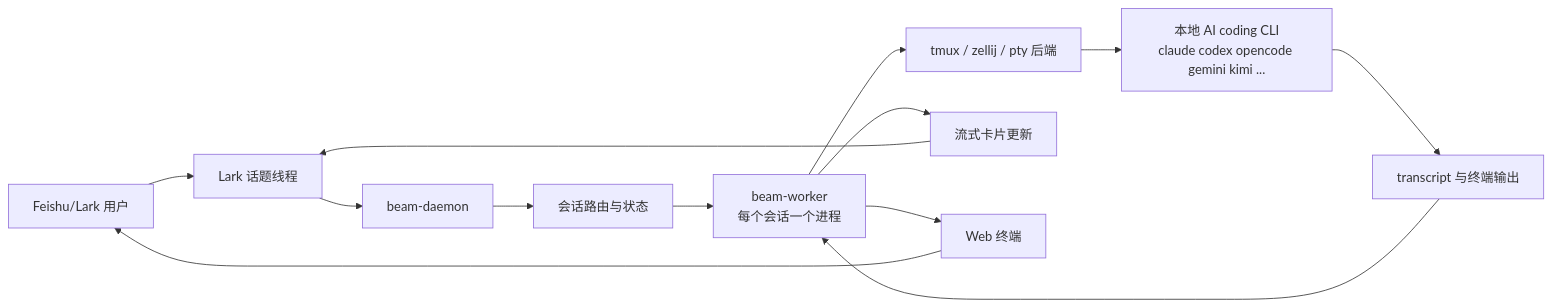
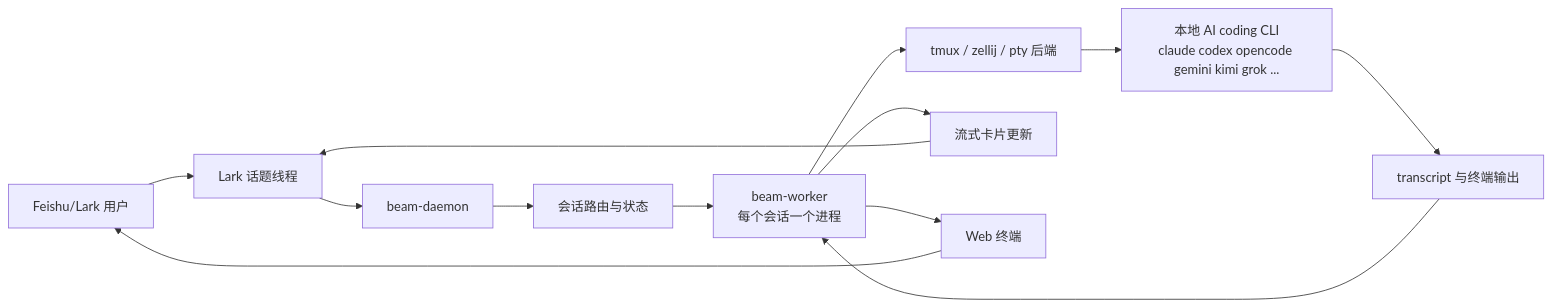
The diagram in README.md (linuxhenhao/beam), drawn with Mermaid before and after one commit. The commit also changed other lines of this file and 6 other files, not shown here.

First line of the commit message:
feat(beam-worker): 新增 Grok Build CLI 适配器

````diff
--- a/README.md
+++ b/README.md
@@ -35,15 +35,15 @@
 ```mermaid
 flowchart LR
     U[Feishu/Lark 用户] --> T[Lark 话题线程]
     T --> D[beam-daemon]
     D --> S[会话路由与状态]
     S --> W[beam-worker<br/>每个会话一个进程]
     W --> B[tmux / zellij / pty 后端]
-    B --> C[本地 AI coding CLI<br/>claude codex opencode gemini kimi ...]
+    B --> C[本地 AI coding CLI<br/>claude codex opencode gemini kimi grok ...]
     W --> K[流式卡片更新]
     W --> P[Web 终端]
     C --> O[transcript 与终端输出]
     O --> W
     K --> T
     P --> U
 ```
````
